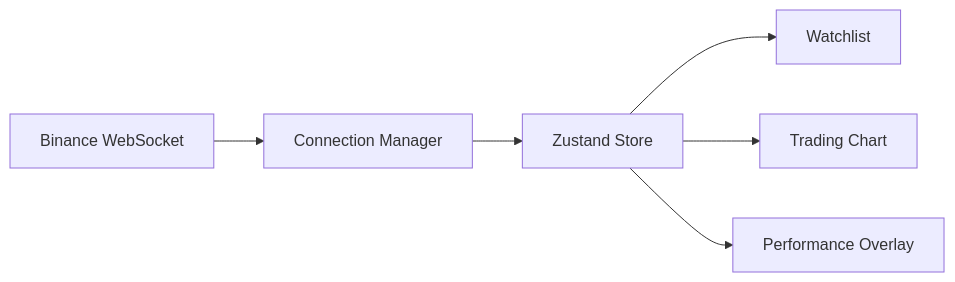
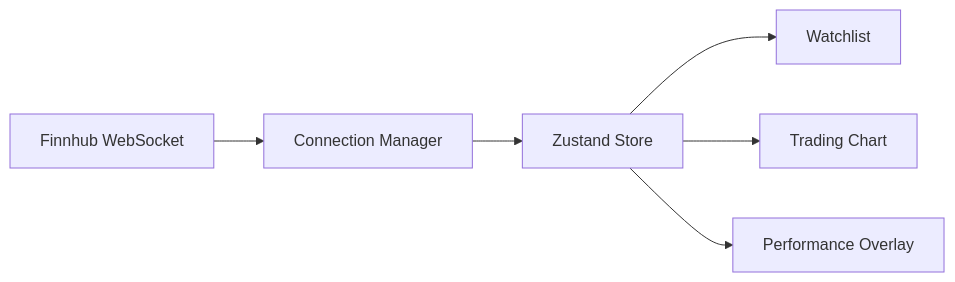
One commit to AntarikshAlse/marketops-dashboard changed the first of 2 diagrams in docs/architecture.md. Above: the diagram before and after it, drawn with Mermaid.

Commit message:
update: docs

````diff
--- a/docs/architecture.md
+++ b/docs/architecture.md
@@ -4,25 +4,25 @@
 ```mermaid
 flowchart LR
 
-WS[Binance WebSocket]
+WS[Finnhub WebSocket]
 
 CM[Connection Manager]
 
 STORE[Zustand Store]
 
 WATCH[Watchlist]
 
 CHART[Trading Chart]
 
 OVERLAY[Performance Overlay]
 
 WS --> CM
 
 CM --> STORE
 
 STORE --> WATCH
 
 STORE --> CHART
 
 STORE --> OVERLAY
 ```
````
